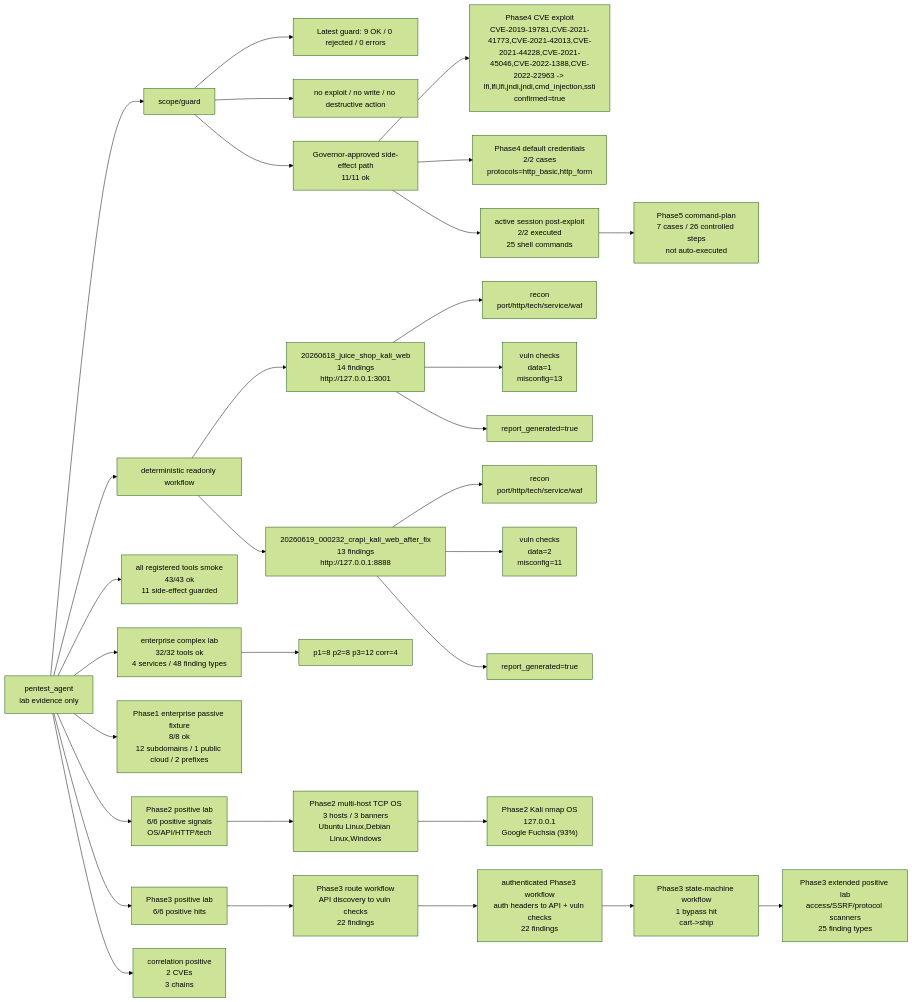
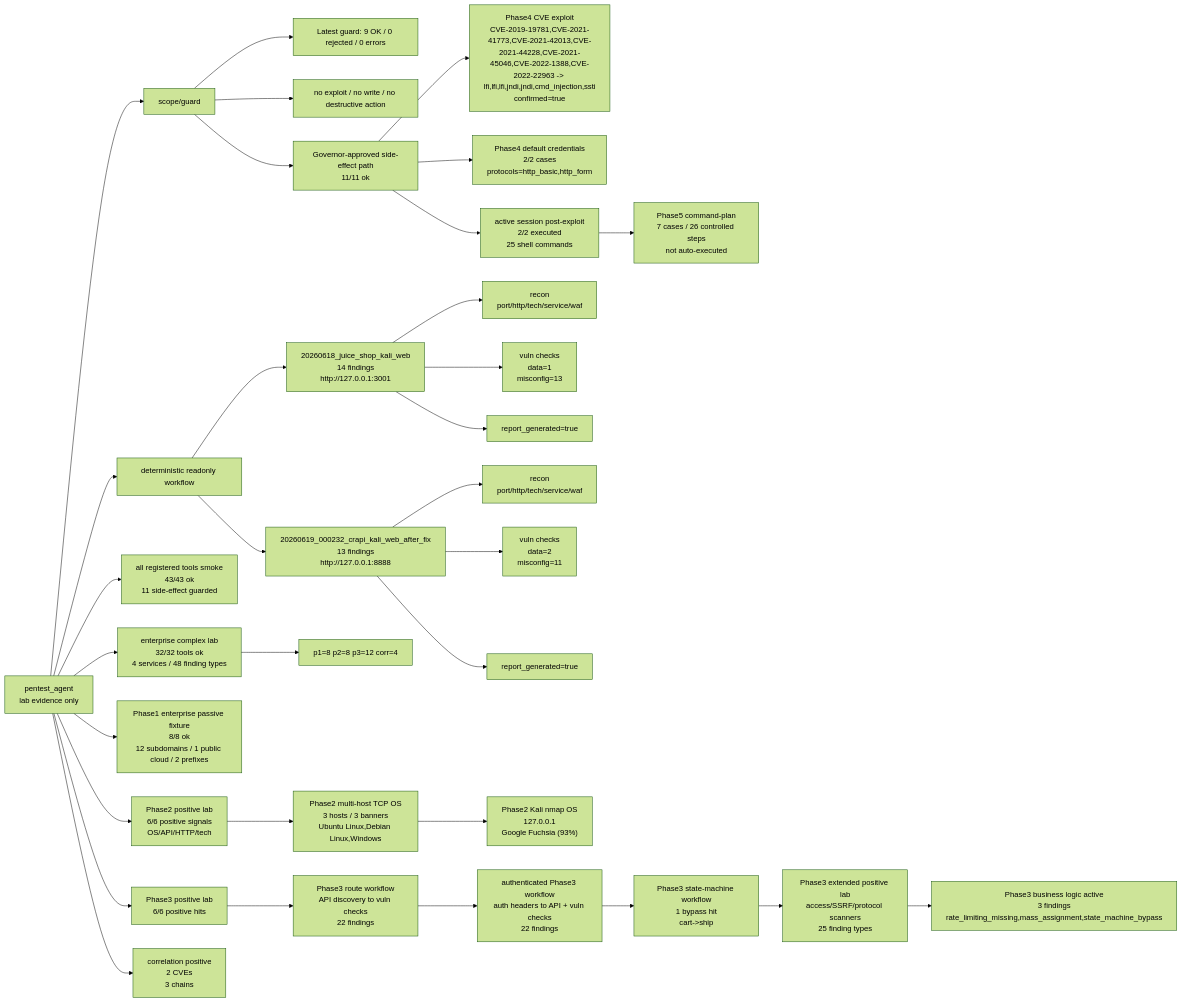
Before and after one commit to SakuraYoruno/Natsume_Ai: the diagram in docs/45_testing/pentest_agent_capability_map.md, drawn with Mermaid (forest theme). The commit also changed other lines of this file and 6 other files, not shown here.

Commit message:
feat: add phase3 business logic active evidence

````diff
--- a/docs/45_testing/pentest_agent_capability_map.md
+++ b/docs/45_testing/pentest_agent_capability_map.md
@@ -137,33 +143,34 @@
 ```mermaid
 flowchart LR
   A["pentest_agent\nlab evidence only"] --> G["scope/guard"]
   A --> W["deterministic readonly workflow"]
   G --> G1["Latest guard: 9 OK / 0 rejected / 0 errors"]
   G --> G2["no exploit / no write / no destructive action"]
   W --> L1["20260618_juice_shop_kali_web\n14 findings\nhttp://127.0.0.1:3001"]
   L1 --> L1R["recon\nport/http/tech/service/waf"]
   L1 --> L1V["vuln checks\ndata=1\nmisconfig=13"]
   L1 --> L1P["report_generated=true"]
   W --> L2["20260619_000232_crapi_kali_web_after_fix\n13 findings\nhttp://127.0.0.1:8888"]
   L2 --> L2R["recon\nport/http/tech/service/waf"]
   L2 --> L2V["vuln checks\ndata=2\nmisconfig=11"]
   L2 --> L2P["report_generated=true"]
   A --> S["all registered tools smoke\n43/43 ok\n11 side-effect guarded"]
   A --> EC["enterprise complex lab\n32/32 tools ok\n4 services / 48 finding types"]
   EC --> ECP["p1=8 p2=8 p3=12 corr=4"]
   A --> P1["Phase1 enterprise passive fixture\n8/8 ok\n12 subdomains / 1 public cloud / 2 prefixes"]
   A --> P2["Phase2 positive lab\n6/6 positive signals\nOS/API/HTTP/tech"]
   P2 --> P2M["Phase2 multi-host TCP OS\n3 hosts / 3 banners\nUbuntu Linux,Debian Linux,Windows"]
   P2M --> P2K["Phase2 Kali nmap OS\n127.0.0.1\nGoogle Fuchsia (93%)"]
   A --> P["Phase3 positive lab\n6/6 positive hits"]
   P --> R3["Phase3 route workflow\nAPI discovery to vuln checks\n22 findings"]
   R3 --> AR3["authenticated Phase3 workflow\nauth headers to API + vuln checks\n22 findings"]
   AR3 --> SM3["Phase3 state-machine workflow\n1 bypass hit\ncart->ship"]
   SM3 --> XP3["Phase3 extended positive lab\naccess/SSRF/protocol scanners\n25 finding types"]
+  XP3 --> BL3["Phase3 business logic active\n3 findings\nrate_limiting_missing,mass_assignment,state_machine_bypass"]
   G --> E["Governor-approved side-effect path\n11/11 ok"]
   E --> CVE4["Phase4 CVE exploit\nCVE-2019-19781,CVE-2021-41773,CVE-2021-42013,CVE-2021-44228,CVE-2021-45046,CVE-2022-1388,CVE-2022-22963 -> lfi,lfi,lfi,jndi,jndi,cmd_injection,ssti\nconfirmed=true"]
   E --> DC4["Phase4 default credentials\n2/2 cases\nprotocols=http_basic,http_form"]
   A --> C["correlation positive\n2 CVEs\n3 chains"]
   E --> AS["active session post-exploit\n2/2 executed\n25 shell commands"]
   AS --> CP5["Phase5 command-plan\n7 cases / 26 controlled steps\nnot auto-executed"]
 ```
````
